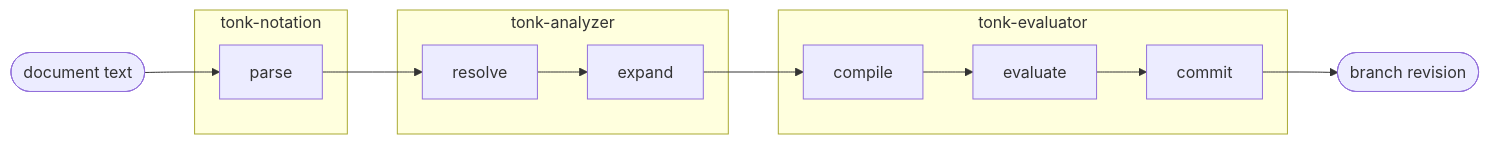
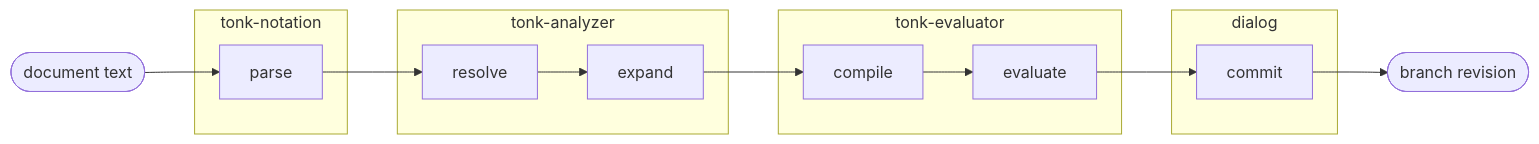
One commit to tonk-labs/tonk changed the first of 3 diagrams in plan/runtime.md. Above: the diagram before and after it, drawn with Mermaid. The commit also changed other lines of this file, not shown here.

First line of the commit message:
docs(plan): commit is dialog's; add reactor + endpoints section

````diff
--- a/plan/runtime.md
+++ b/plan/runtime.md
@@ -11,19 +12,21 @@
 ```mermaid
 flowchart LR
     text([document text]) --> parse
     parse --> resolve --> expand --> compile --> evaluate --> commit
     commit --> rev([branch revision])
 
     subgraph tonk-notation
         parse
     end
     subgraph tonk-analyzer
         resolve
         expand
     end
     subgraph tonk-evaluator
         compile
         evaluate
+    end
+    subgraph dialog
         commit
     end
 ```
````
